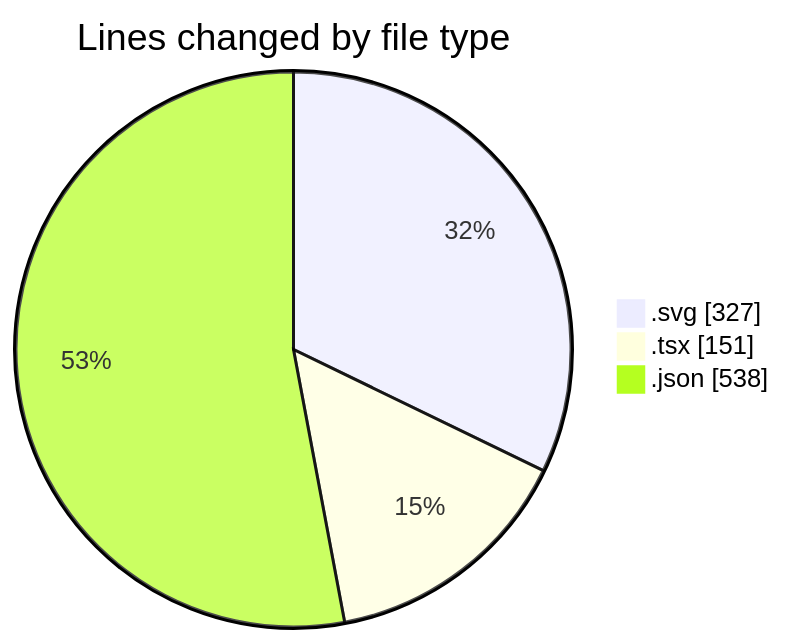
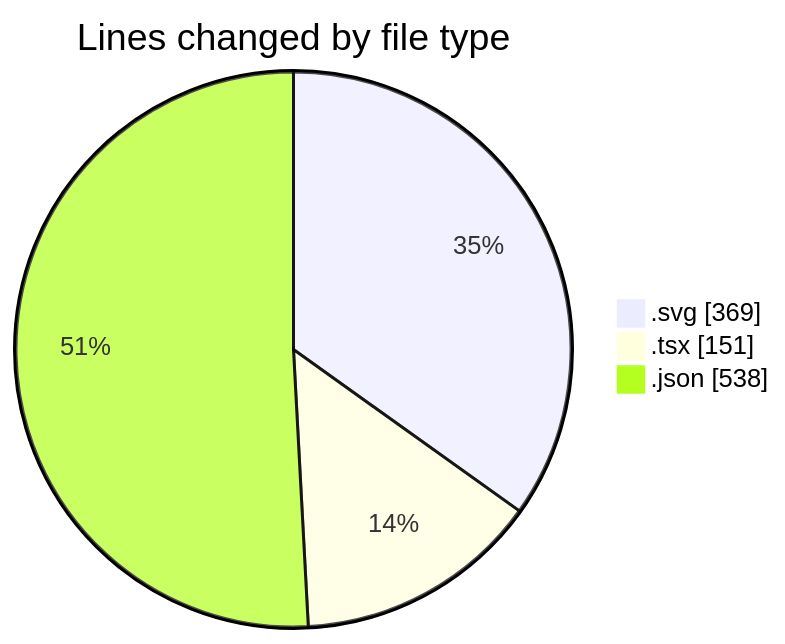
Before and after one commit to EIIisD/code-tracking: the first of 2 diagrams in 2025-08-06/tw-server/README.md, drawn with Mermaid. The commit also changed other lines of this file and 1 other file, not shown here.

````diff
--- a/2025-08-06/tw-server/README.md
+++ b/2025-08-06/tw-server/README.md
@@ -26,7 +27,7 @@
 ```mermaid
 pie showData
 title Lines changed by file type
-".svg" : 327
+".svg" : 369
 ".tsx" : 151
 ".json" : 538
 ```
````
